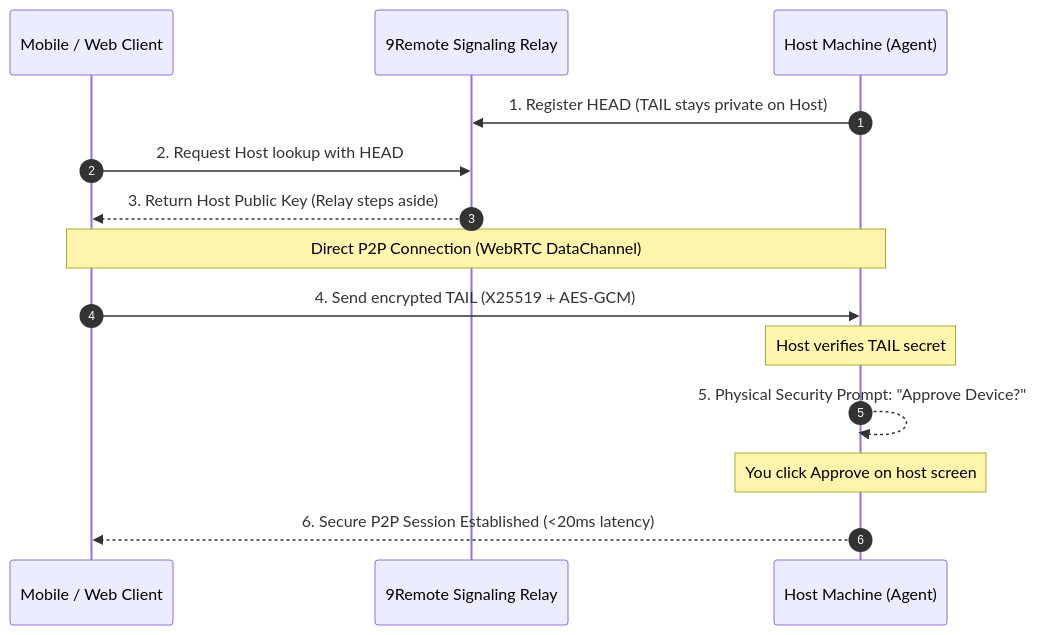
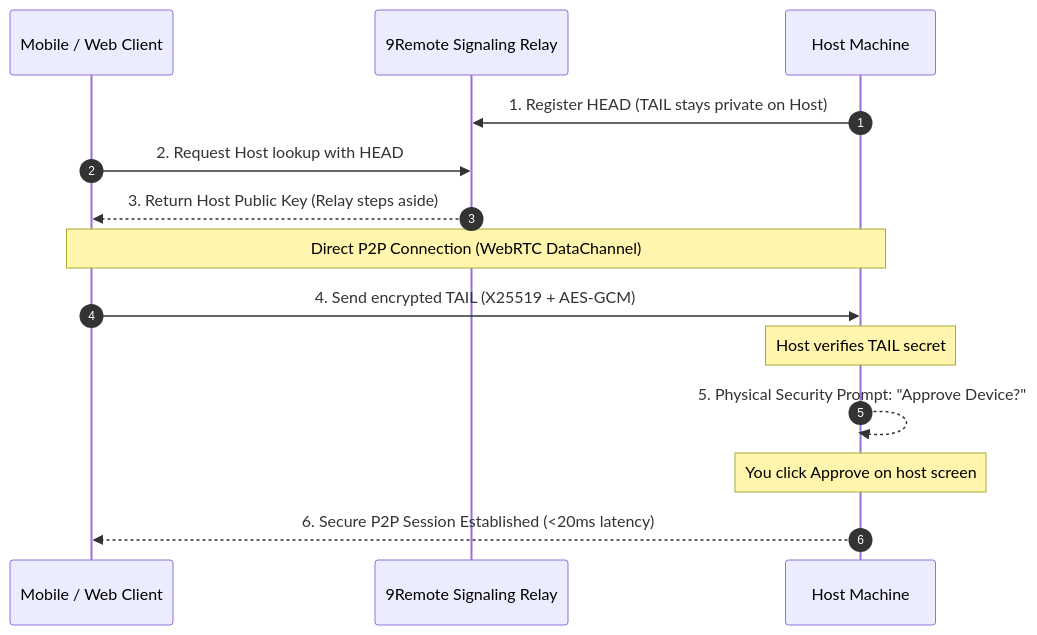
One commit to decolua/9remote changed the diagram in README.md. Above: the diagram before and after it, drawn with Mermaid. The commit also changed other lines of this file and 449 other files, not shown here.

First line of the commit message:
refactor: rename agent/ to host/ — the host process is no longer "agent"

````diff
--- a/README.md
+++ b/README.md
@@ -76,17 +76,17 @@
 ```mermaid
 sequenceDiagram
     autonumber
     participant Client as Mobile / Web Client
     participant Server as 9Remote Signaling Relay
-    participant Host as Host Machine (Agent)
+    participant Host as Host Machine
 
     Host->>Server: 1. Register HEAD (TAIL stays private on Host)
     Client->>Server: 2. Request Host lookup with HEAD
     Server-->>Client: 3. Return Host Public Key (Relay steps aside)
     Note over Client,Host: Direct P2P Connection (WebRTC DataChannel)
     Client->>Host: 4. Send encrypted TAIL (X25519 + AES-GCM)
     Note over Host: Host verifies TAIL secret
     Host-->>Host: 5. Physical Security Prompt: "Approve Device?"
     Note over Host: You click Approve on host screen
     Host-->>Client: 6. Secure P2P Session Established (<20ms latency)
 ```
````
